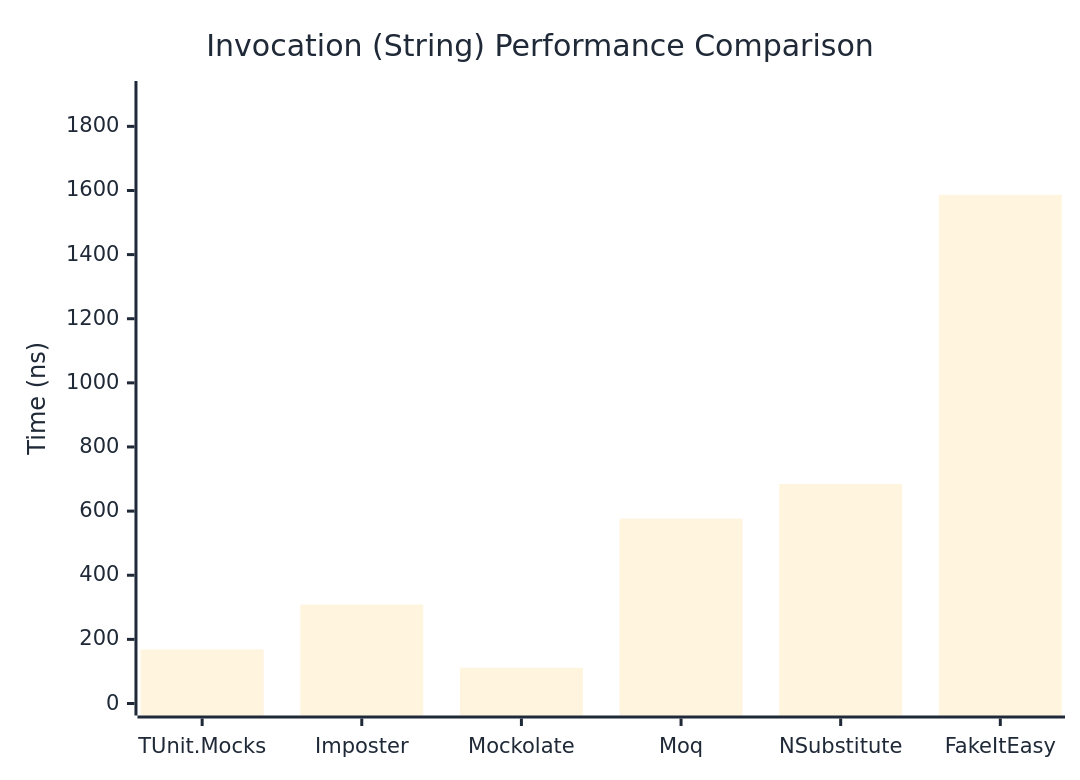
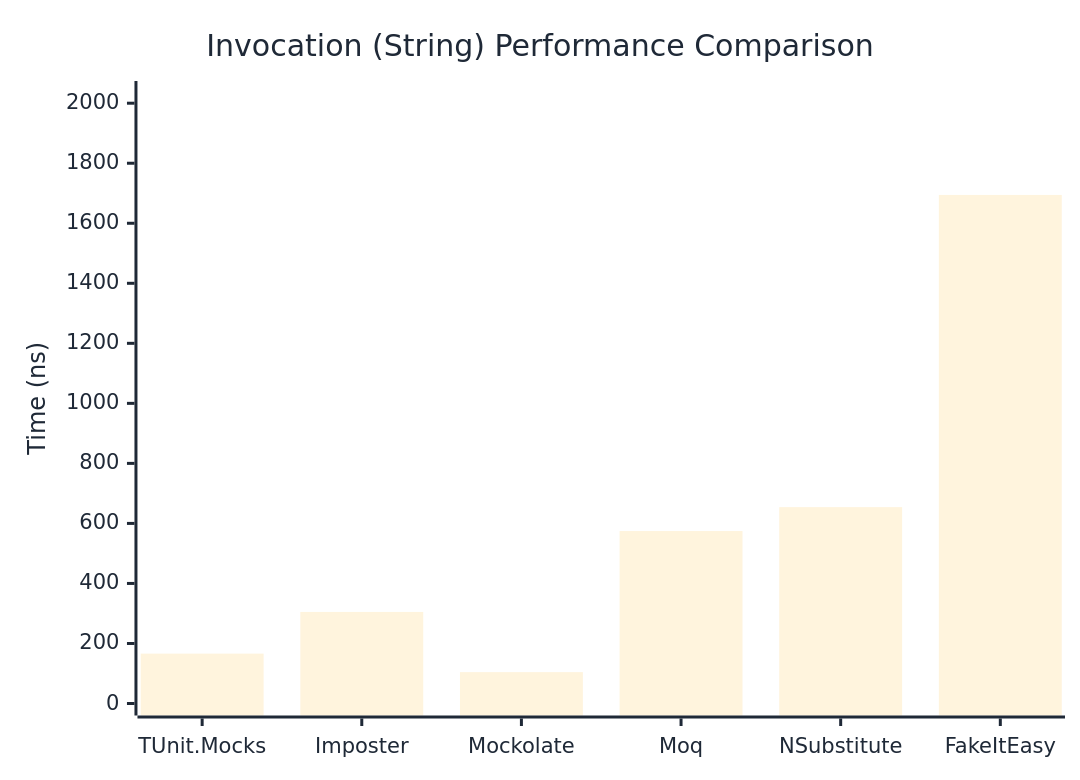
The second of 3 diagrams in docs/docs/benchmarks/mocks/Invocation.md (thomhurst/TUnit), drawn with Mermaid before and after one commit. The commit also changed other lines of this file and 14 other files, not shown here.

````diff
--- a/docs/docs/benchmarks/mocks/Invocation.md
+++ b/docs/docs/benchmarks/mocks/Invocation.md
@@ -71,27 +71,27 @@
 ```mermaid
 %%{init: {
   'theme':'base',
   'themeVariables': {
     'primaryColor': '#2563eb',
     'primaryTextColor': '#1f2937',
     'primaryBorderColor': '#1e40af',
     'lineColor': '#6b7280',
     'secondaryColor': '#7c3aed',
     'tertiaryColor': '#dc2626',
     'background': '#ffffff',
     'pie1': '#2563eb',
     'pie2': '#7c3aed',
     'pie3': '#dc2626',
     'pie4': '#f59e0b',
     'pie5': '#10b981',
     'pie6': '#06b6d4',
     'pie7': '#ec4899',
     'pie8': '#6366f1'
   }
 }}%%
 xychart-beta
   title "Invocation (String) Performance Comparison"
   x-axis ["TUnit.Mocks", "Imposter", "Mockolate", "Moq", "NSubstitute", "FakeItEasy"]
-  y-axis "Time (ns)" 0 --> 1904
-  bar [168.6, 308.6, 111.5, 576.7, 684.3, 1586.4]
+  y-axis "Time (ns)" 0 --> 2034
+  bar [166.2, 305.1, 104.5, 574.6, 654.2, 1694.4]
 ```
````
